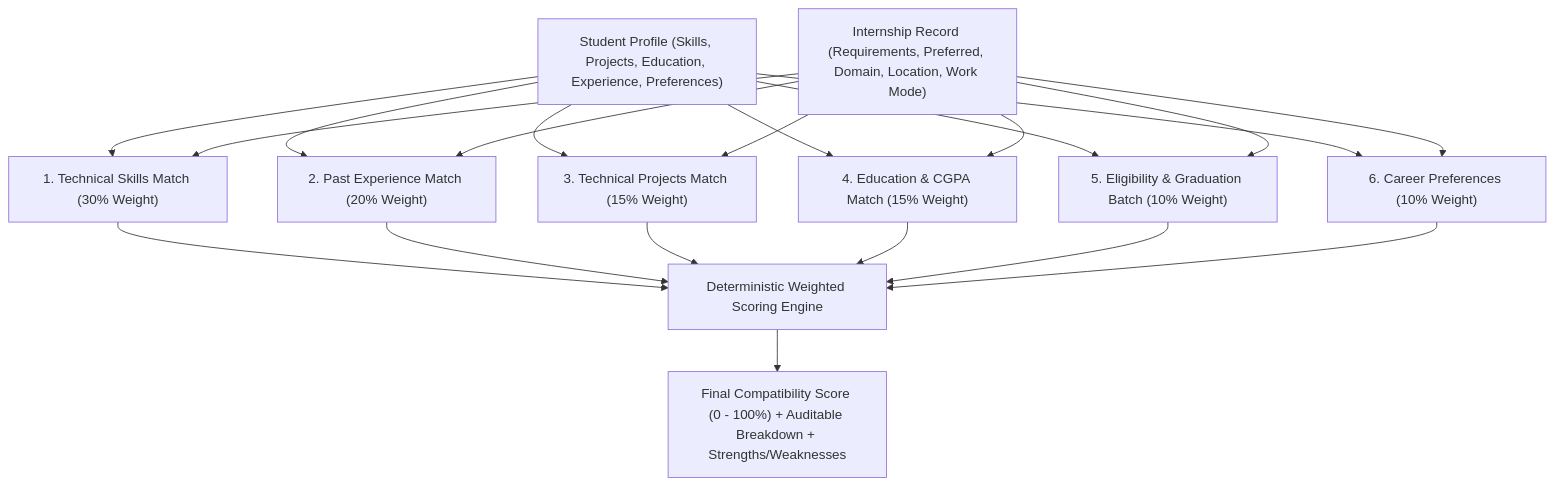
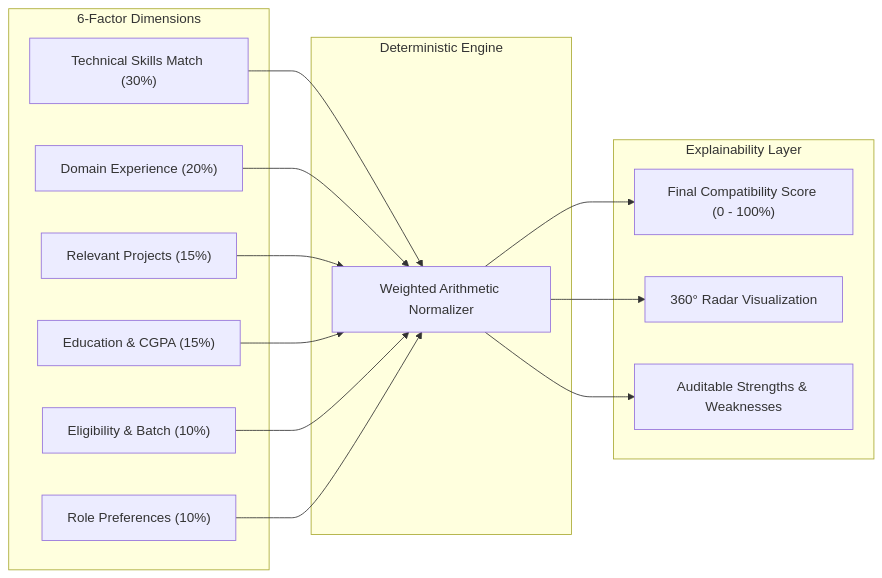
Before and after one commit to deepbisen-06/CareerForge-AI: the fourth of 4 diagrams in README.md, drawn with Mermaid. The commit also changed other lines of this file, not shown here.

````diff
--- a/README.md
+++ b/README.md
@@ -203,32 +215,32 @@
 ```mermaid
-flowchart TD
-    CandidateProfile["Student Profile (Skills, Projects, Education, Experience, Preferences)"]
-    InternshipRecord["Internship Record (Requirements, Preferred, Domain, Location, Work Mode)"]
+flowchart LR
+    subgraph Factors["6-Factor Dimensions"]
+        F1["Technical Skills Match (30%)"]
+        F2["Domain Experience (20%)"]
+        F3["Relevant Projects (15%)"]
+        F4["Education & CGPA (15%)"]
+        F5["Eligibility & Batch (10%)"]
+        F6["Role Preferences (10%)"]
+    end
 
-    CandidateProfile --> F1["1. Technical Skills Match (30% Weight)"]
-    InternshipRecord --> F1
+    subgraph Engine["Deterministic Engine"]
+        WeightedSum["Weighted Arithmetic Normalizer"]
+    end
 
-    CandidateProfile --> F2["2. Past Experience Match (20% Weight)"]
-    InternshipRecord --> F2
+    subgraph Output["Explainability Layer"]
+        FinalScore["Final Compatibility Score (0 - 100%)"]
+        Radar["360° Radar Visualization"]
+        AuditLog["Auditable Strengths & Weaknesses"]
+    end
 
-    CandidateProfile --> F3["3. Technical Projects Match (15% Weight)"]
-    InternshipRecord --> F3
+    F1 --> WeightedSum
+    F2 --> WeightedSum
+    F3 --> WeightedSum
+    F4 --> WeightedSum
+    F5 --> WeightedSum
+    F6 --> WeightedSum
 
-    CandidateProfile --> F4["4. Education & CGPA Match (15% Weight)"]
-    InternshipRecord --> F4
-
-    CandidateProfile --> F5["5. Eligibility & Graduation Batch (10% Weight)"]
-    InternshipRecord --> F5
-
-    CandidateProfile --> F6["6. Career Preferences (10% Weight)"]
-    InternshipRecord --> F6
-
-    F1 --> Aggregator["Deterministic Weighted Scoring Engine"]
-    F2 --> Aggregator
-    F3 --> Aggregator
-    F4 --> Aggregator
-    F5 --> Aggregator
-    F6 --> Aggregator
-
-    Aggregator --> Output["Final Compatibility Score (0 - 100%) + Auditable Breakdown + Strengths/Weaknesses"]
+    WeightedSum --> FinalScore
+    WeightedSum --> Radar
+    WeightedSum --> AuditLog
 ```
````
